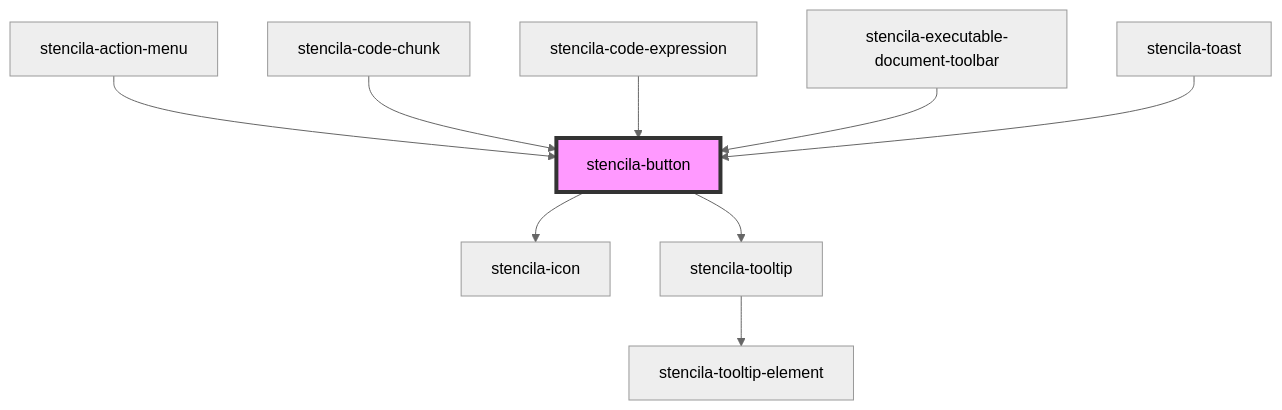
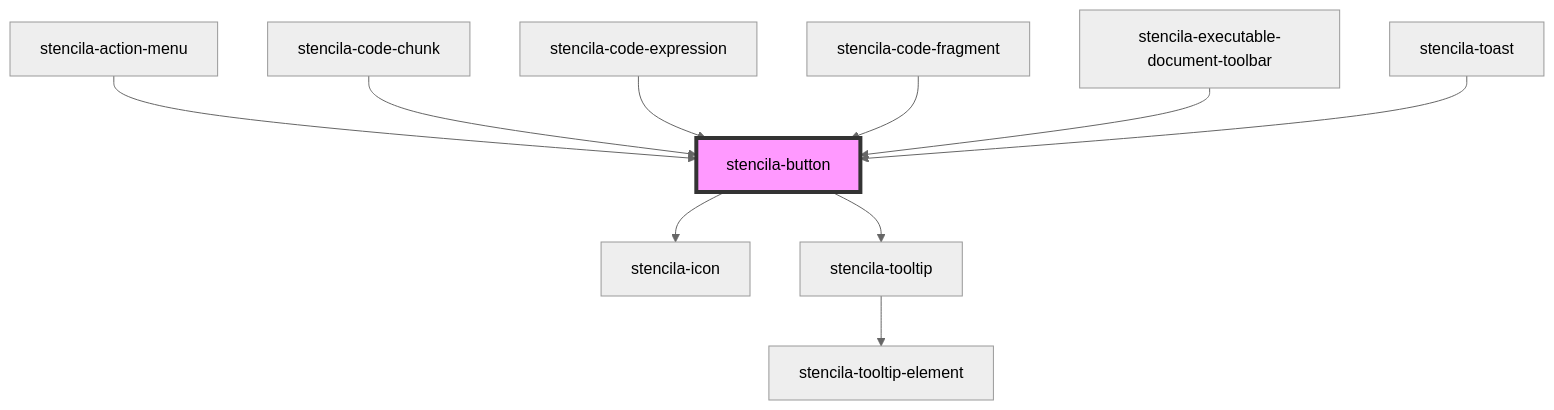
Before and after one commit to stencila/designa: the diagram in packages/components/src/components/button/readme.md, drawn with Mermaid (neutral theme). The commit also changed other lines of this file and 17 other files, not shown here.

Commit message:
feat(Code Fragment): Add CodeFragment component

````diff
--- a/packages/components/src/components/button/readme.md
+++ b/packages/components/src/components/button/readme.md
@@ -44,12 +45,13 @@
 ```mermaid
 graph TD;
   stencila-button --> stencila-icon
   stencila-button --> stencila-tooltip
   stencila-tooltip --> stencila-tooltip-element
   stencila-action-menu --> stencila-button
   stencila-code-chunk --> stencila-button
   stencila-code-expression --> stencila-button
+  stencila-code-fragment --> stencila-button
   stencila-executable-document-toolbar --> stencila-button
   stencila-toast --> stencila-button
   style stencila-button fill:#f9f,stroke:#333,stroke-width:4px
 ```
````
